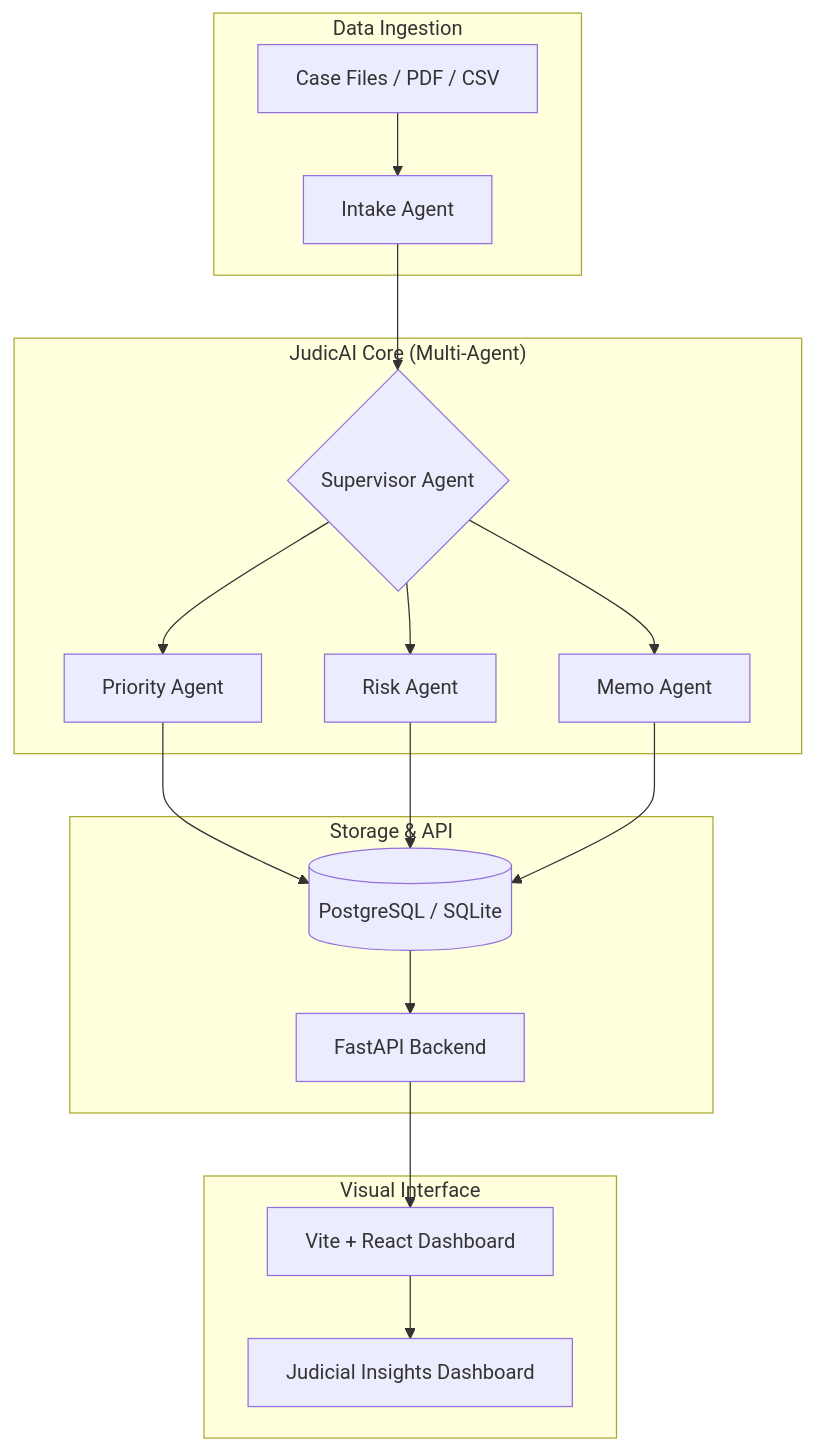
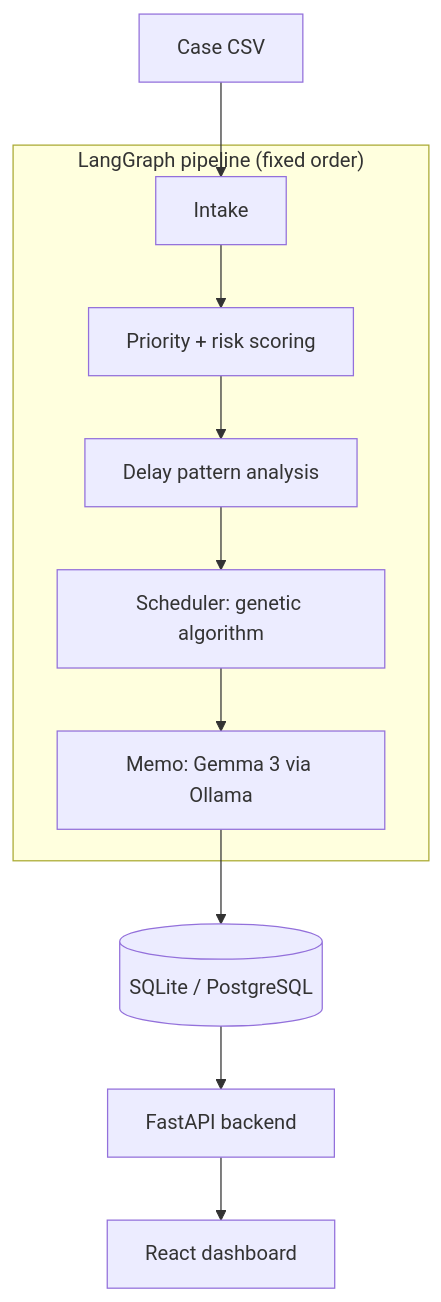
Before and after one commit to SujitSpark/JudicAi: the diagram in Readme.md, drawn with Mermaid. The commit also changed other lines of this file and 38 other files, not shown here.

````diff
--- a/Readme.md
+++ b/Readme.md
@@ -53,23 +59,13 @@
 ```mermaid
 graph TD
-    subgraph "Data Ingestion"
-        A[Case Files / PDF / CSV] --> B[Intake Agent]
+    A[Case CSV] --> B[Intake]
+    subgraph "LangGraph pipeline (fixed order)"
+        B --> C[Priority + risk scoring]
+        C --> D[Delay pattern analysis]
+        D --> E[Scheduler: genetic algorithm]
+        E --> F[Memo: Gemma 3 via Ollama]
     end
-
-    subgraph "JudicAI Core (Multi-Agent)"
-        B --> C{Supervisor Agent}
-        C --> D[Priority Agent]
-        C --> E[Risk Agent]
-        C --> F[Memo Agent]
-    end
-
-    subgraph "Storage & API"
-        D & E & F --> G[(PostgreSQL / SQLite)]
-        G --> H[FastAPI Backend]
-    end
-
-    subgraph "Visual Interface"
-        H --> I[Vite + React Dashboard]
-        I --> J[Judicial Insights Dashboard]
-    end
+    F --> G[(SQLite / PostgreSQL)]
+    G --> H[FastAPI backend]
+    H --> I[React dashboard]
 ```
````
